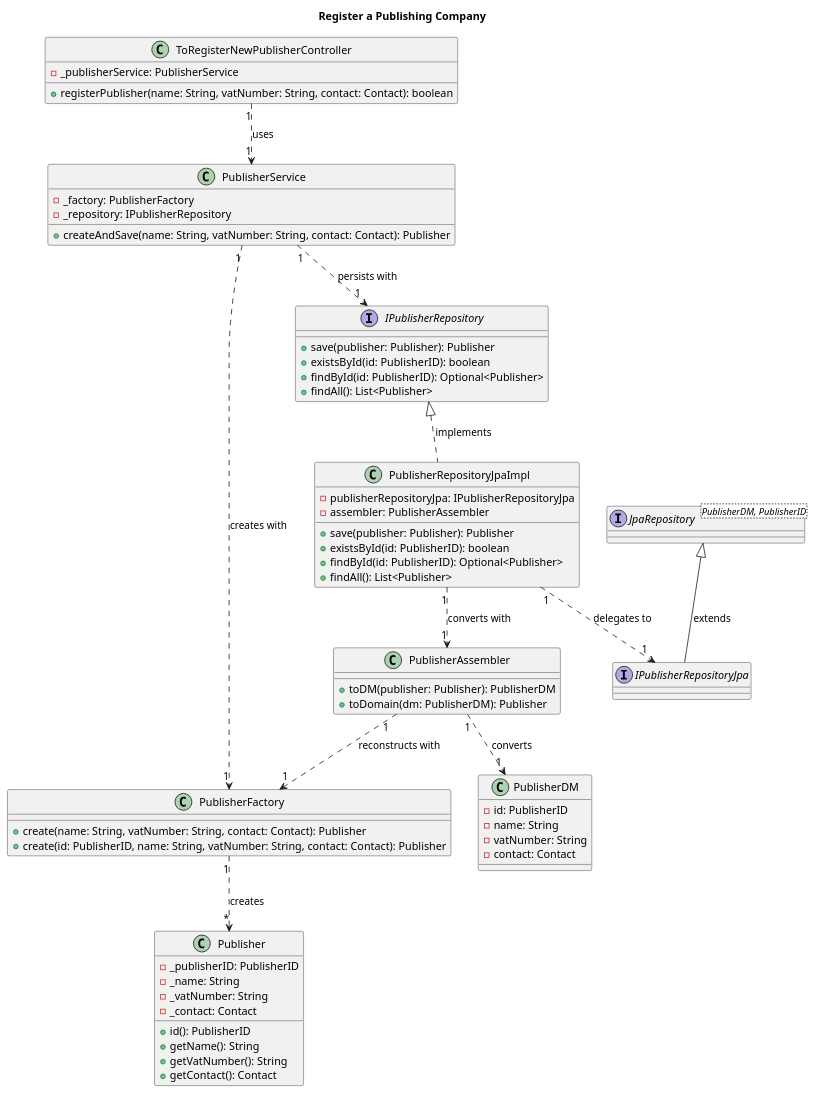
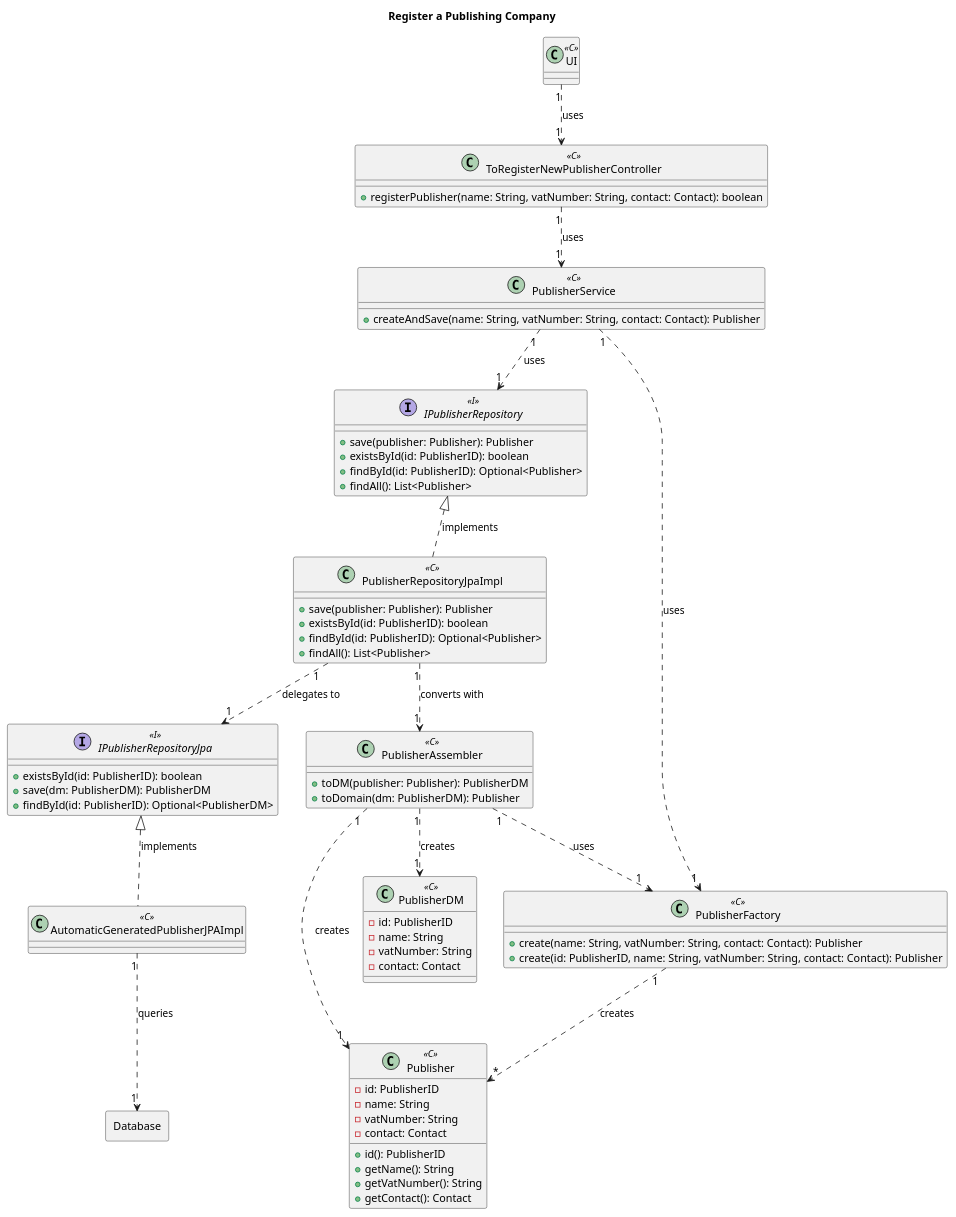
Before and after one commit to AndrePereiraGitH/SWitCH-Project-Team_A: the diagram in Diagrams/ClassDiagrams/To-register-a-publishing-company.puml, drawn with PlantUML.

Commit message:
#750 CD ToRegisterPublishingCompany altered

```diff
--- a/Diagrams/ClassDiagrams/To-register-a-publishing-company.puml
+++ b/Diagrams/ClassDiagrams/To-register-a-publishing-company.puml
@@ -1,76 +1,94 @@
 @startuml
 title Register a Publishing Company
 
-class ToRegisterNewPublisherController {
-  -_publisherService: PublisherService
-  +registerPublisher(name: String, vatNumber: String, contact: Contact): boolean
+' ── UI Layer ───────────────────────────────────────────────
+class UI <<C>> {
 }
 
-class PublisherService {
-  -_factory: PublisherFactory
-  -_repository: IPublisherRepository
-  +createAndSave(name: String, vatNumber: String, contact: Contact): Publisher
+' ── Controller Layer ───────────────────────────────────────
+class ToRegisterNewPublisherController <<C>> {
+  + registerPublisher(name: String, vatNumber: String, contact: Contact): boolean
 }
 
-interface IPublisherRepository {
-  +save(publisher: Publisher): Publisher
-  +existsById(id: PublisherID): boolean
-  +findById(id: PublisherID): Optional<Publisher>
-  +findAll(): List<Publisher>
+' ── Application Layer ──────────────────────────────────────
+class PublisherService <<C>> {
+  + createAndSave(name: String, vatNumber: String, contact: Contact): Publisher
 }
 
-class PublisherRepositoryJpaImpl {
-  -publisherRepositoryJpa: IPublisherRepositoryJpa
-  -assembler: PublisherAssembler
-  +save(publisher: Publisher): Publisher
-  +existsById(id: PublisherID): boolean
-  +findById(id: PublisherID): Optional<Publisher>
-  +findAll(): List<Publisher>
+' ── Domain Layer ───────────────────────────────────────────
+interface IPublisherRepository <<I>> {
+  + save(publisher: Publisher): Publisher
+  + existsById(id: PublisherID): boolean
+  + findById(id: PublisherID): Optional<Publisher>
+  + findAll(): List<Publisher>
 }
 
-class PublisherFactory {
-  +create(name: String, vatNumber: String, contact: Contact): Publisher
-  +create(id: PublisherID, name: String, vatNumber: String, contact: Contact): Publisher
+class PublisherFactory <<C>> {
+  + create(name: String, vatNumber: String, contact: Contact): Publisher
+  + create(id: PublisherID, name: String, vatNumber: String, contact: Contact): Publisher
 }
 
-class Publisher {
-  -_publisherID: PublisherID
-  -_name: String
-  -_vatNumber: String
-  -_contact: Contact
-  +id(): PublisherID
-  +getName(): String
-  +getVatNumber(): String
-  +getContact(): Contact
+class Publisher <<C>> {
+  - id: PublisherID
+  - name: String
+  - vatNumber: String
+  - contact: Contact
+  + id(): PublisherID
+  + getName(): String
+  + getVatNumber(): String
+  + getContact(): Contact
 }
 
-class PublisherAssembler {
-  +toDM(publisher: Publisher): PublisherDM
-  +toDomain(dm: PublisherDM): Publisher
+' ── Infrastructure Layer ───────────────────────────────────
+class PublisherRepositoryJpaImpl <<C>> {
+  + save(publisher: Publisher): Publisher
+  + existsById(id: PublisherID): boolean
+  + findById(id: PublisherID): Optional<Publisher>
+  + findAll(): List<Publisher>
 }
 
-class PublisherDM {
-  -id: PublisherID
-  -name: String
-  -vatNumber: String
-  -contact: Contact
+class AutomaticGeneratedPublisherJPAImpl <<C>> {
 }
 
-interface JpaRepository<PublisherDM, PublisherID> {
+interface IPublisherRepositoryJpa <<I>> {
+  + existsById(id: PublisherID): boolean
+  + save(dm: PublisherDM): PublisherDM
+  + findById(id: PublisherID): Optional<PublisherDM>
 }
 
-interface IPublisherRepositoryJpa {
+class PublisherAssembler <<C>> {
+  + toDM(publisher: Publisher): PublisherDM
+  + toDomain(dm: PublisherDM): Publisher
 }
 
+class PublisherDM <<C>> {
+  - id: PublisherID
+  - name: String
+  - vatNumber: String
+  - contact: Contact
+}
+
+Rectangle Database {
+}
+
+' ── Relationships ──────────────────────────────────────────
+UI "1" ..> "1" ToRegisterNewPublisherController : uses
 ToRegisterNewPublisherController "1" ..> "1" PublisherService : uses
-PublisherService "1" ..> "1" PublisherFactory : creates with
-PublisherService "1" ..> "1" IPublisherRepository : persists with
+
+PublisherService "1" ..> "1" PublisherFactory : uses
+PublisherService "1" ..> "1" IPublisherRepository : uses
+
 IPublisherRepository <|.. PublisherRepositoryJpaImpl : implements
+PublisherRepositoryJpaImpl "1" ..> "1" IPublisherRepositoryJpa : delegates to
 PublisherRepositoryJpaImpl "1" ..> "1" PublisherAssembler : converts with
-PublisherRepositoryJpaImpl "1" ..> "1" IPublisherRepositoryJpa : delegates to
-PublisherAssembler "1" ..> "1" PublisherFactory : reconstructs with
-PublisherAssembler "1" ..> "1" PublisherDM : converts
+
+IPublisherRepositoryJpa <|.. AutomaticGeneratedPublisherJPAImpl : implements
+AutomaticGeneratedPublisherJPAImpl "1" ..> "1" Database : queries
+
+PublisherAssembler "1" ..> "1" PublisherDM : creates
+PublisherAssembler "1" ..> "1" Publisher : creates
+PublisherAssembler "1" ..> "1" PublisherFactory : uses
+
 PublisherFactory "1" ..> "*" Publisher : creates
-JpaRepository <|-- IPublisherRepositoryJpa : extends
 
 @enduml
```
